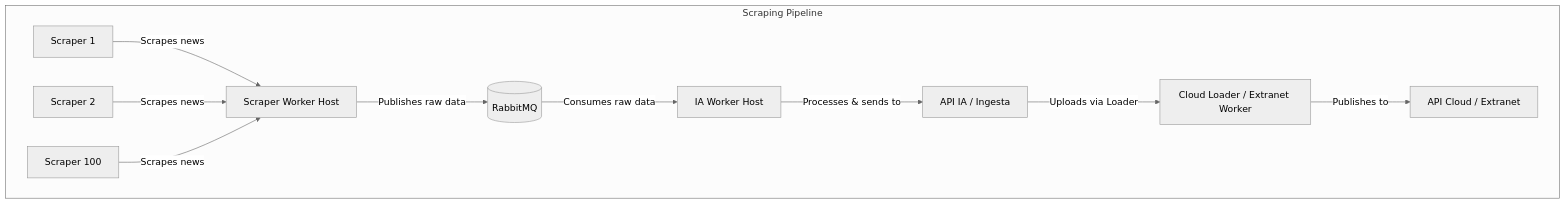
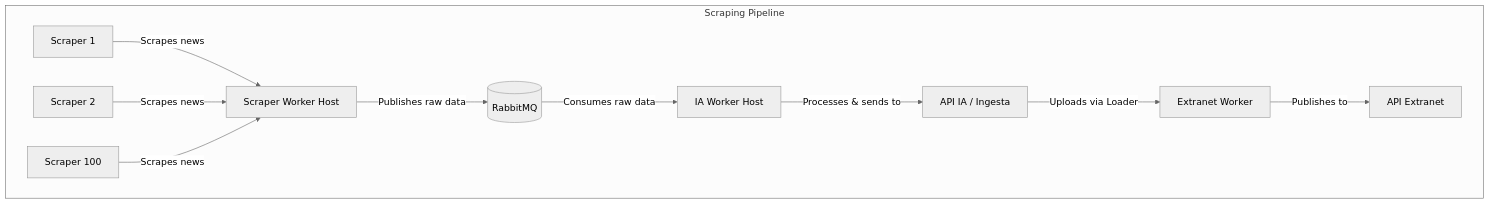
Before and after one commit to PeterAlanoca/bolivian-daily-worker: the diagram in implementation_plan.md, drawn with Mermaid (neutral theme). The commit also changed 38 other files, not shown here.

Commit message:
refactor api extranet

````diff
--- a/implementation_plan.md
+++ b/implementation_plan.md
@@ -7,11 +7,11 @@
 ```mermaid
 flowchart TD
     subgraph Scraping Pipeline
         S1[Scraper 1] & S2[Scraper 2] & S100[Scraper 100] -->|Scrapes news| SW[Scraper Worker Host]
         SW -->|Publishes raw data| RMQ[(RabbitMQ)]
         RMQ -->|Consumes raw data| IA[IA Worker Host]
         IA -->|Processes & sends to| API_IA[API IA / Ingesta]
-        API_IA -->|Uploads via Loader| CL[Cloud Loader / Extranet Worker]
-        CL -->|Publishes to| API_CLOUD[API Cloud / Extranet]
+        API_IA -->|Uploads via Loader| CL[Extranet Worker]
+        CL -->|Publishes to| API_EXTRANET[API Extranet]
     end
 ```
````
